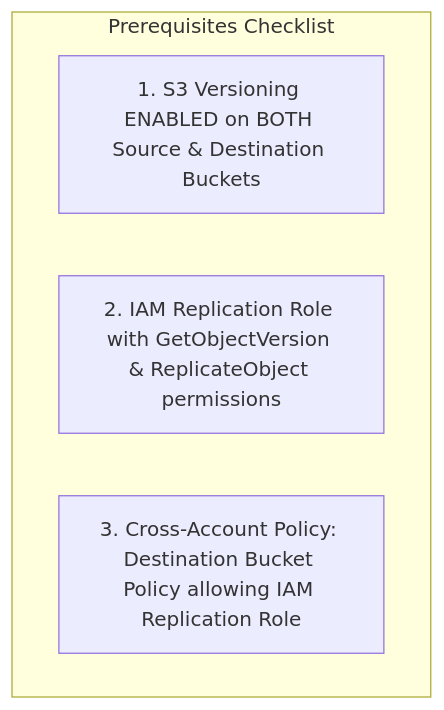
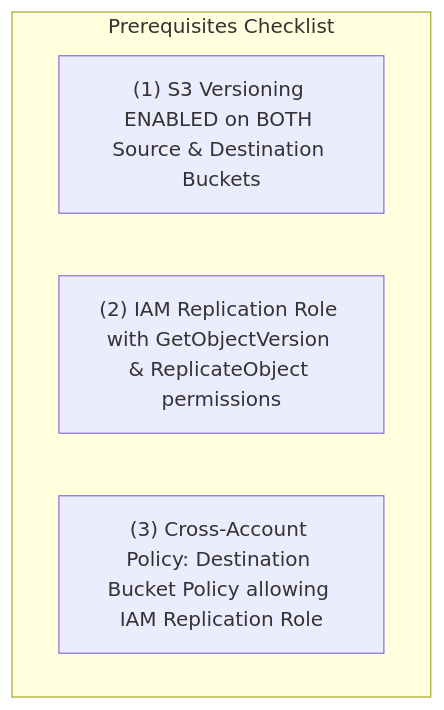
Before and after one commit to Wathon/aws-dea-c01-note: the second of 2 diagrams in content/02-services/storage/s3/s3-replication.md, drawn with Mermaid. The commit also changed 19 other files, not shown here.

Commit message:
fix(mermaid): resolve 'Unsupported markdown: list' rendering issues across all diagram node and edge labels

````diff
--- a/content/02-services/storage/s3/s3-replication.md
+++ b/content/02-services/storage/s3/s3-replication.md
@@ -64,8 +64,8 @@
 ```mermaid
 graph TD
     subgraph PrereqGroup["Prerequisites Checklist"]
-        P1["1. S3 Versioning ENABLED on BOTH Source & Destination Buckets"]
-        P2["2. IAM Replication Role with GetObjectVersion & ReplicateObject permissions"]
-        P3["3. Cross-Account Policy: Destination Bucket Policy allowing IAM Replication Role"]
+        P1["(1) S3 Versioning ENABLED on BOTH Source & Destination Buckets"]
+        P2["(2) IAM Replication Role with GetObjectVersion & ReplicateObject permissions"]
+        P3["(3) Cross-Account Policy: Destination Bucket Policy allowing IAM Replication Role"]
     end
 ```
````
